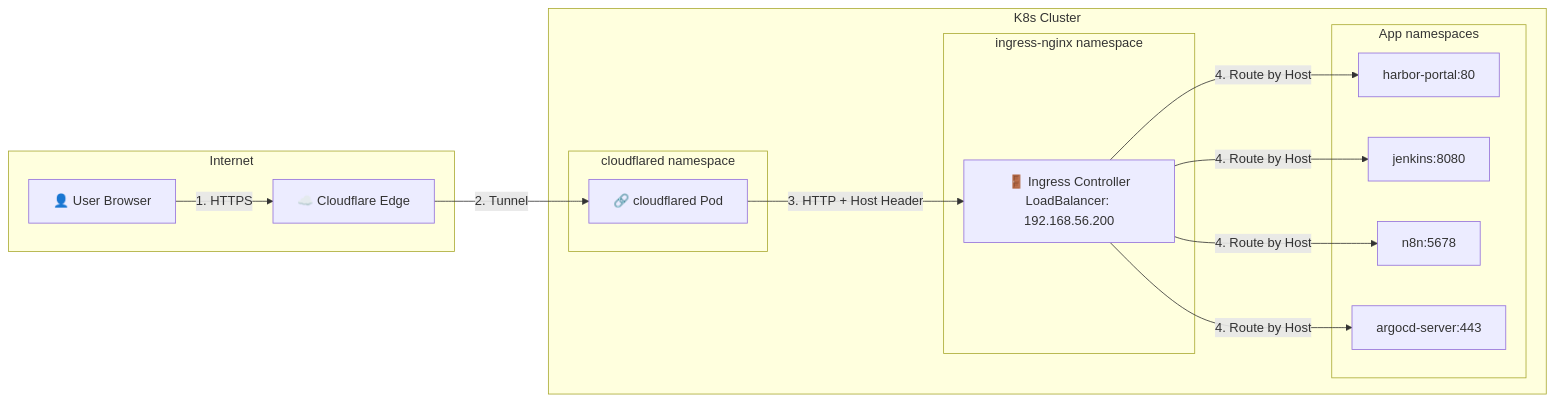
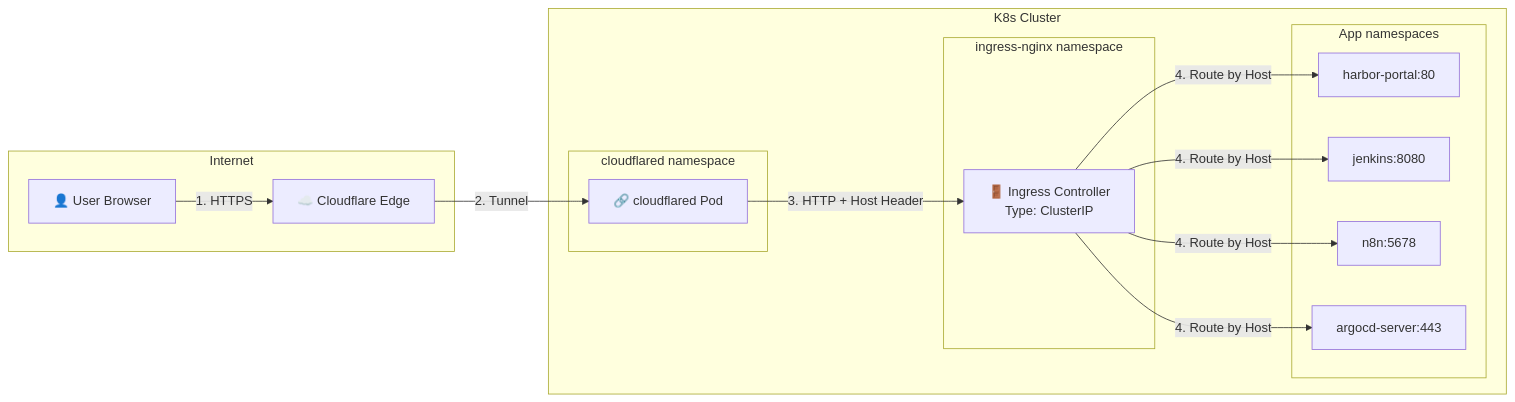
The diagram in guide/network_flow.md (Hoangvu75/k8s_manifest), drawn with Mermaid before and after one commit. The commit also changed other lines of this file and 5 other files, not shown here.

````diff
--- a/guide/network_flow.md
+++ b/guide/network_flow.md
@@ -5,32 +5,32 @@
 ```mermaid
 flowchart LR
     subgraph Internet
         User[👤 User Browser]
         CF[☁️ Cloudflare Edge]
     end
     
     subgraph "K8s Cluster"
         subgraph cloudflared-ns["cloudflared namespace"]
             TUN[🔗 cloudflared Pod]
         end
         
         subgraph ingress-ns["ingress-nginx namespace"]
-            ING[🚪 Ingress Controller<br/>LoadBalancer: 192.168.56.200]
+            ING[🚪 Ingress Controller<br/>Type: ClusterIP]
         end
         
         subgraph app-ns["App namespaces"]
             SVC1[harbor-portal:80]
             SVC2[jenkins:8080]
             SVC3[n8n:5678]
             SVC4[argocd-server:443]
         end
     end
     
     User -->|1. HTTPS| CF
     CF -->|2. Tunnel| TUN
     TUN -->|3. HTTP + Host Header| ING
     ING -->|4. Route by Host| SVC1
     ING -->|4. Route by Host| SVC2
     ING -->|4. Route by Host| SVC3
     ING -->|4. Route by Host| SVC4
 ```
````
